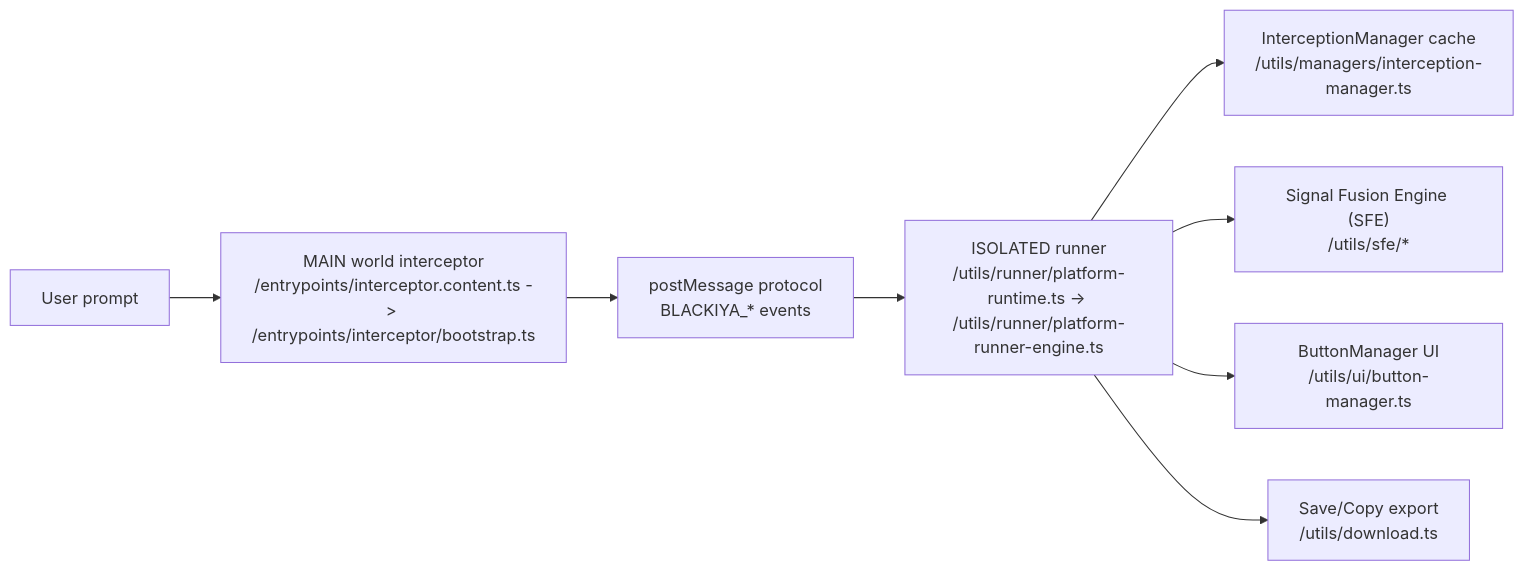
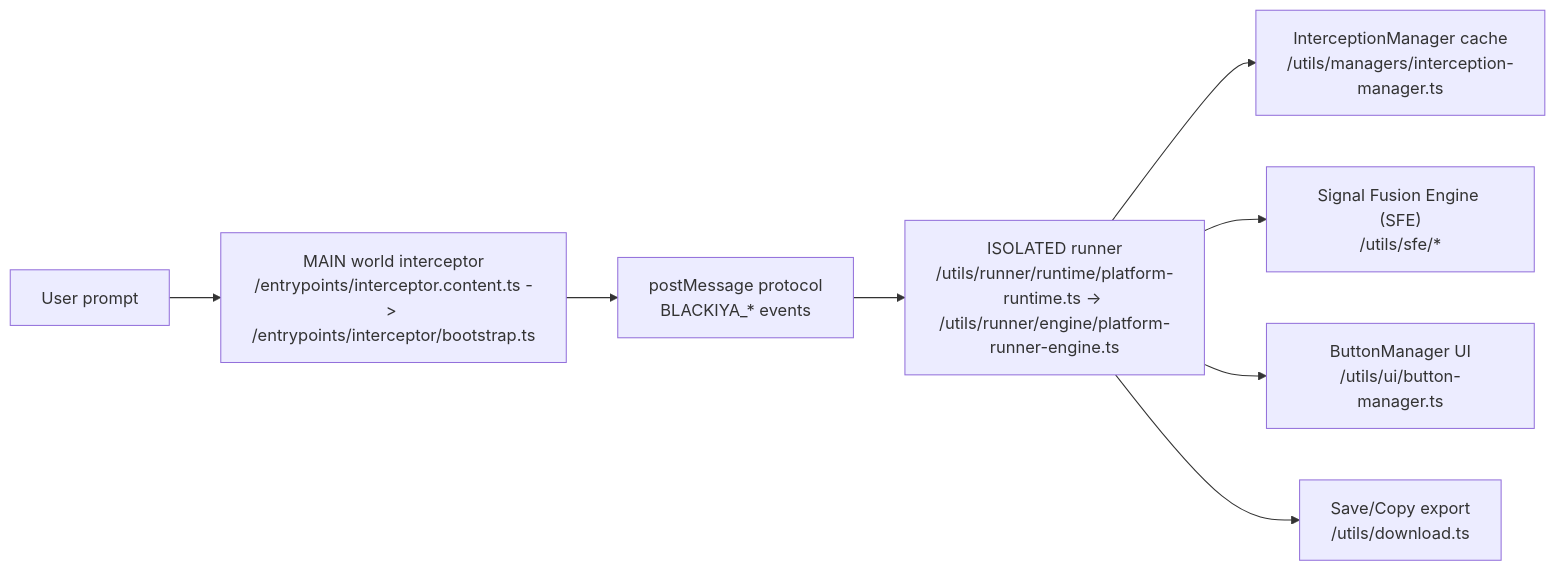
The first of 2 diagrams in docs/architecture.md (ragaeeb/blackiya), drawn with Mermaid before and after one commit. The commit also changed other lines of this file and 230 other files, not shown here.

````diff
--- a/docs/architecture.md
+++ b/docs/architecture.md
@@ -17,10 +17,10 @@
 ```mermaid
 flowchart LR
     A["User prompt"] --> B["MAIN world interceptor\n/entrypoints/interceptor.content.ts -> /entrypoints/interceptor/bootstrap.ts"]
     B --> C["postMessage protocol\nBLACKIYA_* events"]
-    C --> D["ISOLATED runner\n/utils/runner/platform-runtime.ts -> /utils/runner/platform-runner-engine.ts"]
+    C --> D["ISOLATED runner\n/utils/runner/runtime/platform-runtime.ts -> /utils/runner/engine/platform-runner-engine.ts"]
     D --> E["InterceptionManager cache\n/utils/managers/interception-manager.ts"]
     D --> F["Signal Fusion Engine (SFE)\n/utils/sfe/*"]
     D --> G["ButtonManager UI\n/utils/ui/button-manager.ts"]
     D --> H["Save/Copy export\n/utils/download.ts"]
 ```
````
